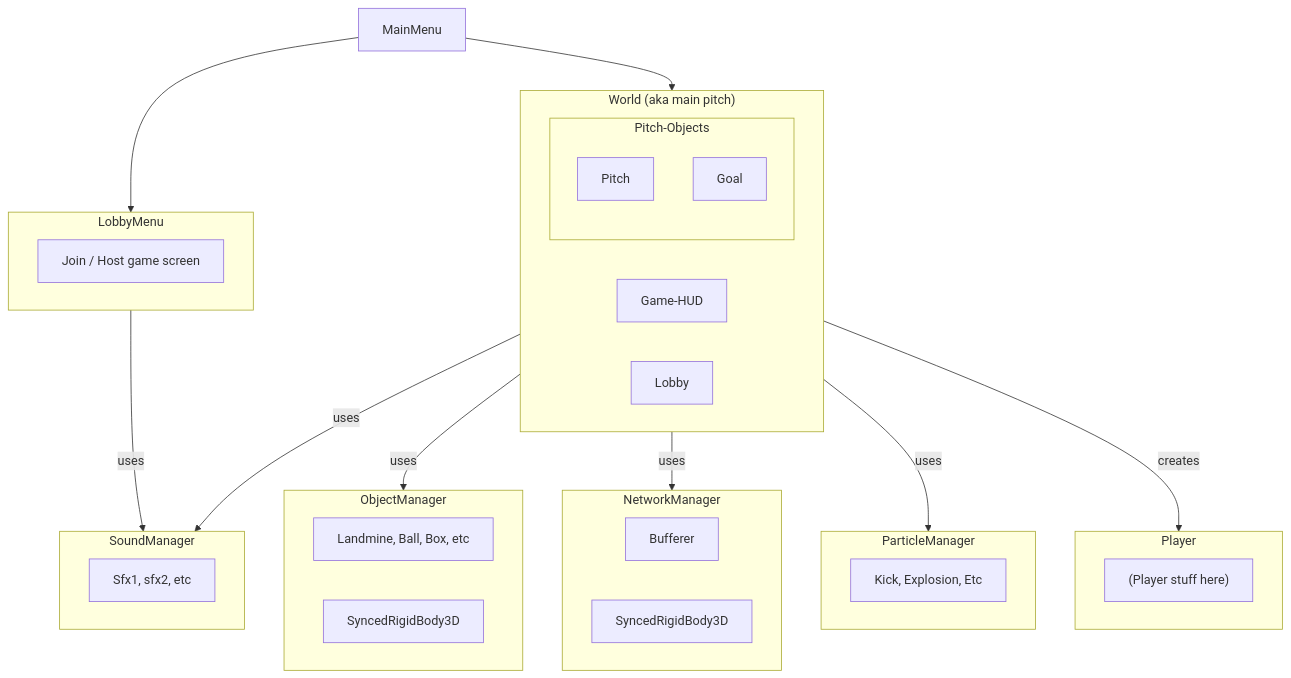
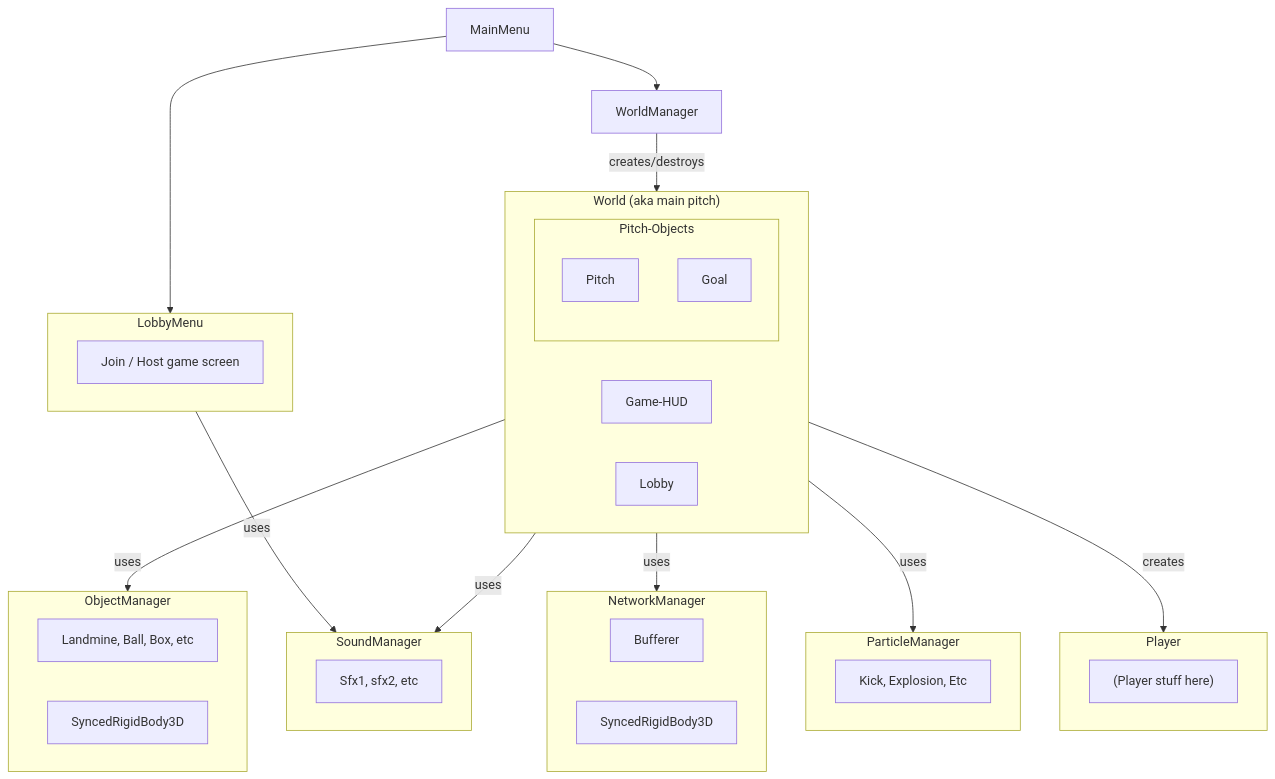
Before and after one commit to pakeke-constructor/footy: the diagram in notes/architecture.md, drawn with Mermaid.

Commit message:
Clarified architecture

````diff
--- a/notes/architecture.md
+++ b/notes/architecture.md
@@ -2,51 +2,53 @@
 ```mermaid
 graph TD
     MainMenu
 
     MainMenu --> LobbyMenu
 
     subgraph LobbyMenu
         HostMenuu[Join / Host game screen]
     end
 
-    MainMenu --> World
+    MainMenu --> WorldManager
+    WorldManager -- creates/destroys --> World
 
     LobbyMenu -- uses --> SoundManager
 
     World -- uses --> ObjectManager
     World -- uses --> SoundManager
     World -- uses --> NetworkManager
     World -- uses --> ParticleManager
     World -- creates --> Player
 
     subgraph World["World (aka main pitch)"]
         Game-HUD
         subgraph Pitch-Objects
             Pitch
             Goal
         end
         Lobby
     end
 
     subgraph Player
         PlayerStuff["(Player stuff here)"]
     end
     
     subgraph NetworkManager
         D[Bufferer]
         F[SyncedRigidBody3D]
     end
 
     subgraph ParticleManager
         Particles[Kick, Explosion, Etc]
     end
+
+    subgraph SoundManager
+        SoundEffects[Sfx1, sfx2, etc]
+    end
+
     
     subgraph ObjectManager
         G[Landmine, Ball, Box, etc]
         H[SyncedRigidBody3D]
     end
-
-    subgraph SoundManager
-        SoundEffects[Sfx1, sfx2, etc]
-    end
 ```
````
